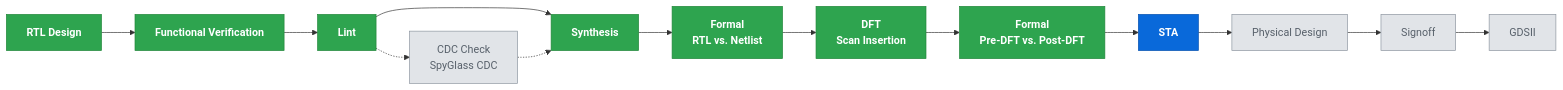
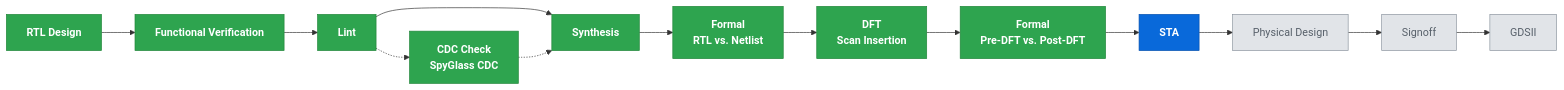
The diagram in README.md (ebrahimedress05/Dual-Clock-UART-ALU-SoC), drawn with Mermaid before and after one commit. The commit also changed other lines of this file and 6 other files, not shown here.

````diff
--- a/README.md
+++ b/README.md
@@ -25,24 +25,24 @@
 ```mermaid
 flowchart LR
     A[RTL Design] --> B[Functional Verification]
     B --> C[Lint]
     C --> D[Synthesis]
     D --> E["Formal<br/>RTL vs. Netlist"]
     E --> F["DFT<br/>Scan Insertion"]
     F --> G["Formal<br/>Pre-DFT vs. Post-DFT"]
     G --> H[STA]
     H --> I[Physical Design]
     I --> J[Signoff]
     J --> K[GDSII]
 
     C -.-> L["CDC Check<br/>SpyGlass CDC"]
     L -.-> D
 
     classDef done fill:#2ea44f,stroke:#22863a,color:#ffffff,font-weight:bold;
     classDef next fill:#0969da,stroke:#0550ae,color:#ffffff,font-weight:bold;
     classDef pending fill:#e1e4e8,stroke:#8c959f,color:#57606a;
 
-    class A,B,C,D,E,F,G done
+    class A,B,C,D,E,F,G,L done
     class H next
-    class I,J,K,L pending
+    class I,J,K pending
 ```
````
